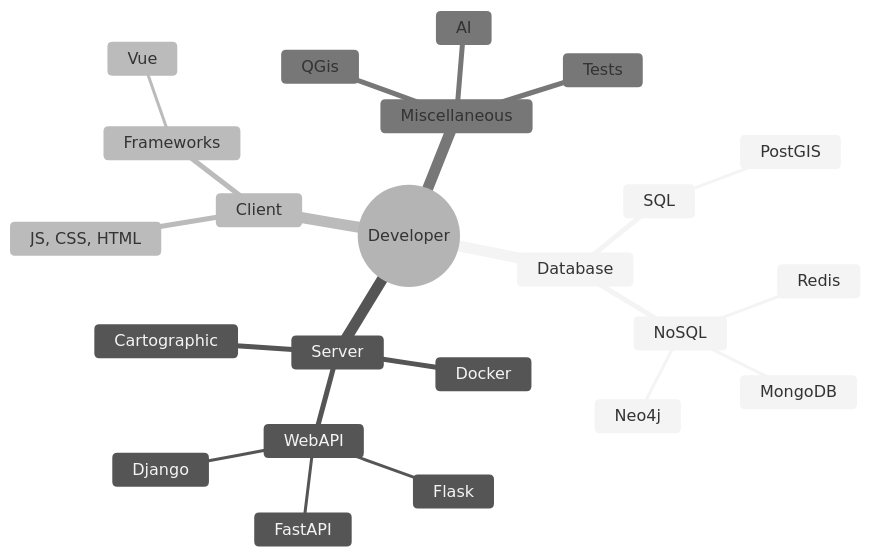
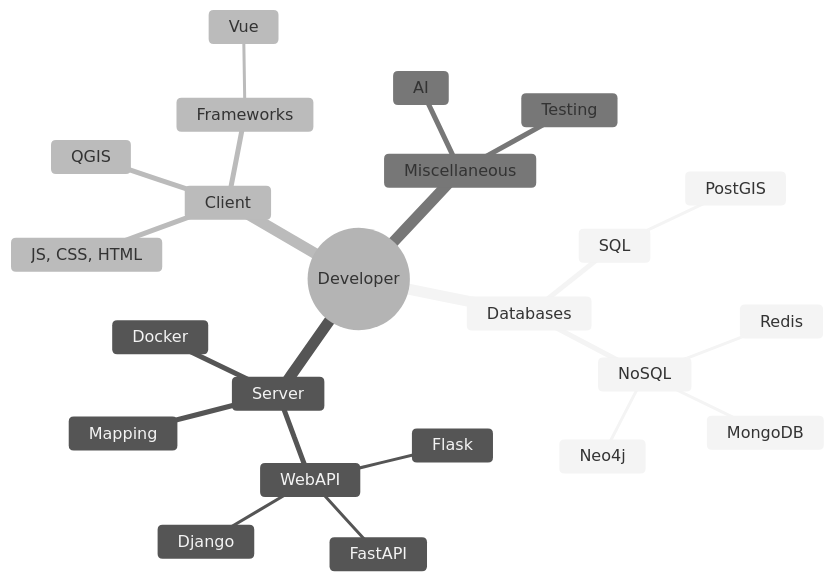
Before and after one commit to voirinprof/voirinprof.github.io: the diagram in _pages/en/index.md, drawn with Mermaid (neutral theme). The commit also changed other lines of this file and 65 other files, not shown here.

```diff
--- a/_pages/en/index.md
+++ b/_pages/en/index.md
@@ -18,41 +45,41 @@
 <pre class="mermaid">
       mindmap
   root((Developer))
     :::firstblock
-    Database
+    Databases
     :::secondblock
       SQL
-        :::thirdblock
+      :::thirdblock
         PostGIS
       NoSQL
-        :::thirdblock
+      :::thirdblock
         Redis
         MongoDB
         Neo4j
     Server
     :::secondblock
       Docker
       :::thirdblock
       WebAPI
       :::thirdblock
         Flask
         FastAPI
         Django
-      Cartographic
+      Mapping
       :::thirdblock
     Client
     :::secondblock
+      QGIS
+      :::thirdblock
       JS, CSS, HTML
       :::thirdblock
       Frameworks
       :::thirdblock
         Vue
     Miscellaneous
     :::secondblock
       AI
-      :::thirdblock
-      QGis
-      :::thirdblock
-      Tests
+      :::thirdblock      
+      Testing
       :::thirdblock
 </pre>
```
